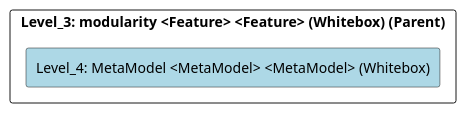
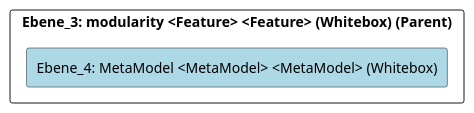
Before and after one commit to marcozwyssig/cleon: the diagram in doc/cleonproject_deliverables_architecture_model_architecture/adoc/de/05_bausteinsicht/cleon/common/modularity/metamodel/ebene_4_metamodel.adoc, drawn with PlantUML. The commit also changed other lines of this file and 214 other files, not shown here.

```diff
--- a/doc/cleonproject_deliverables_architecture_model_architecture/adoc/de/05_bausteinsicht/cleon/common/modularity/metamodel/ebene_4_metamodel.adoc
+++ b/doc/cleonproject_deliverables_architecture_model_architecture/adoc/de/05_bausteinsicht/cleon/common/modularity/metamodel/ebene_4_metamodel.adoc
@@ -20,24 +20,24 @@
-[plantuml, Level_4: MetaModel <MetaModel> <MetaModel> (Whitebox)BlockOverview, format="svg"]
+[plantuml, Ebene_4: MetaModel <MetaModel> <MetaModel> (Whitebox)BlockOverview, format="svg"]
 ----
-@startuml Level_4: MetaModel <MetaModel> <MetaModel> (Whitebox)BuildingBlockOverview
+@startuml Ebene_4: MetaModel <MetaModel> <MetaModel> (Whitebox)BuildingBlockOverview
 
 skinparam ranksep 10
 skinparam componentStyle rectangle
 skinparam shadowing false
 skinparam arrowColor lightblue
 skinparam arrowThickness 1.2
 skinparam rectangle {
   BackgroundColor White
   BorderColor #333
   RoundCorner 10
 }
 top to bottom direction
 
-component "Level_3: modularity <Feature> <Feature> (Whitebox) (Parent)" {
-    component "Level_4: MetaModel <MetaModel> <MetaModel> (Whitebox)" #lightblue {
+component "Ebene_3: modularity <Feature> <Feature> (Whitebox) (Parent)" {
+    component "Ebene_4: MetaModel <MetaModel> <MetaModel> (Whitebox)" #lightblue {
     }
 
 }
 
 @enduml
 ----
```
